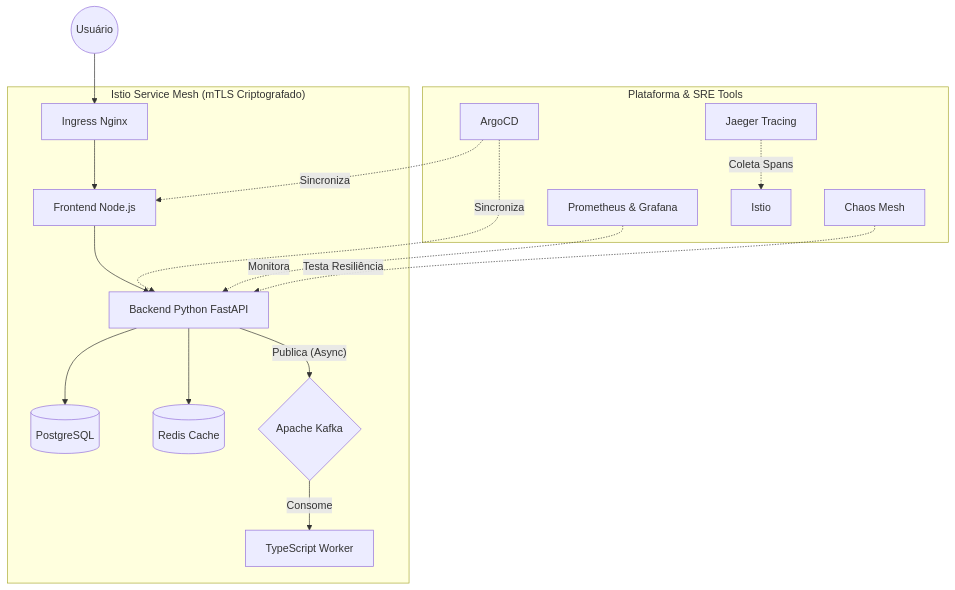
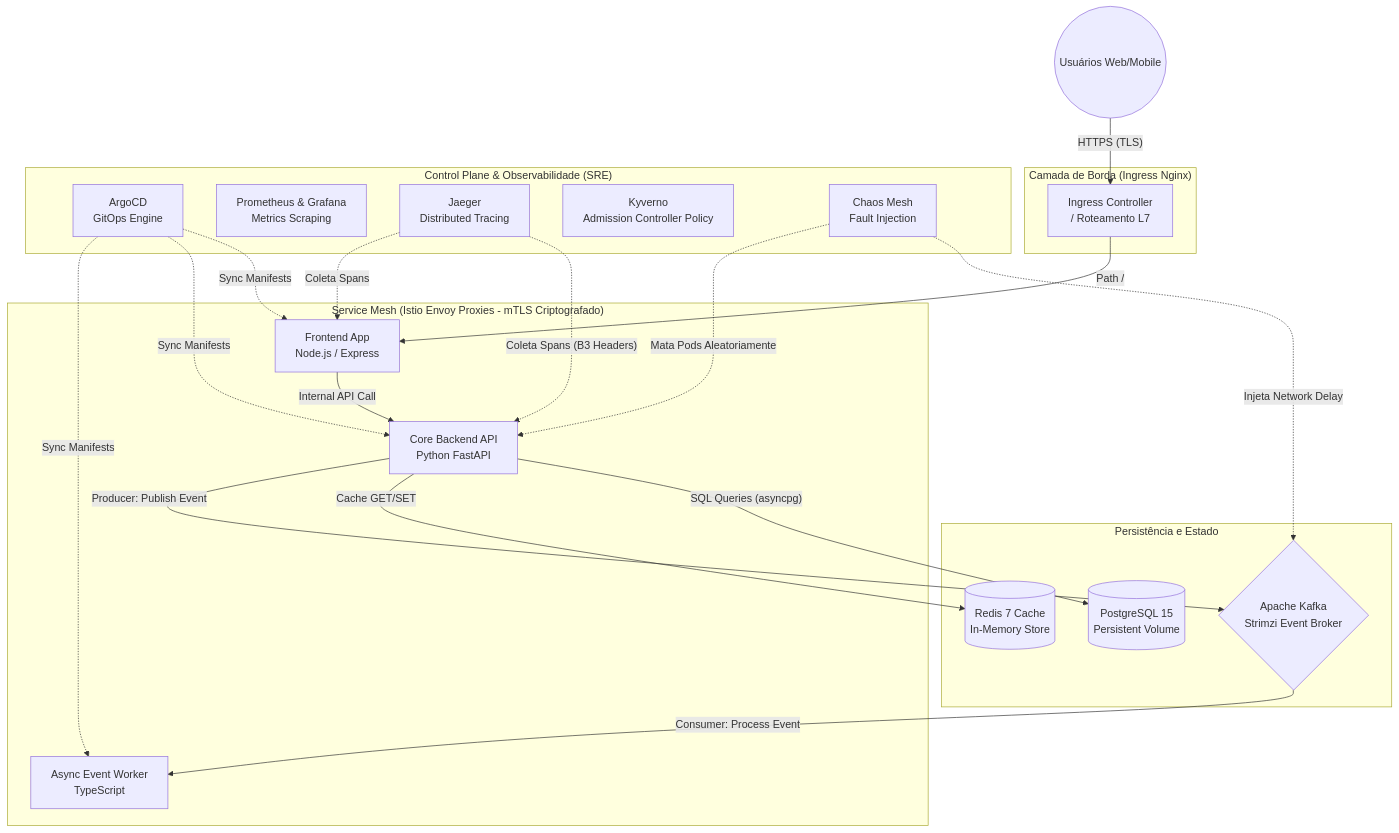
One commit to ruok-dev/Aegis-Cloud changed the diagram in README.md. Above: the diagram before and after it, drawn with Mermaid. The commit also changed other lines of this file, not shown here.

````diff
--- a/README.md
+++ b/README.md
@@ -27,23 +87,55 @@
 ```mermaid
 graph TD
-    Client((Usuário)) --> Ingress[Ingress Nginx]
+    %% Entidades Externas
+    Client((Usuários Web/Mobile))
     
-    subgraph "Istio Service Mesh (mTLS Criptografado)"
-        Ingress --> Frontend[Frontend Node.js]
-        Frontend --> Backend[Backend Python FastAPI]
-        
-        Backend --> Postgres[(PostgreSQL)]
-        Backend --> Redis[(Redis Cache)]
-        
-        Backend -- "Publica (Async)" --> Kafka{Apache Kafka}
-        Kafka -- "Consome" --> Worker[TypeScript Worker]
+    %% Camada de Borda / Load Balancing
+    subgraph "Camada de Borda (Ingress Nginx)"
+        IngressController[Ingress Controller\n/ Roteamento L7]
     end
 
-    subgraph "Plataforma & SRE Tools"
-        Argo[ArgoCD] -. "Sincroniza" .-> Frontend
-        Argo -. "Sincroniza" .-> Backend
-        Prometheus[Prometheus & Grafana] -. "Monitora" .-> Backend
-        Chaos[Chaos Mesh] -. "Testa Resiliência" .-> Backend
-        Jaeger[Jaeger Tracing] -. "Coleta Spans" .-> Istio
+    %% Camada de Aplicação (Aegis Mesh)
+    subgraph "Service Mesh (Istio Envoy Proxies - mTLS Criptografado)"
+        Frontend[Frontend App\nNode.js / Express]
+        Backend[Core Backend API\nPython FastAPI]
+        Worker[Async Event Worker\nTypeScript]
     end
+
+    %% Camada de Persistência Distribuída
+    subgraph "Persistência e Estado"
+        Postgres[(PostgreSQL 15\nPersistent Volume)]
+        Redis[(Redis 7 Cache\nIn-Memory Store)]
+        Kafka{Apache Kafka\nStrimzi Event Broker}
+    end
+
+    %% Camada de SRE e Governança
+    subgraph "Control Plane & Observabilidade (SRE)"
+        ArgoCD[ArgoCD\nGitOps Engine]
+        Prometheus[Prometheus & Grafana\nMetrics Scraping]
+        Jaeger[Jaeger\nDistributed Tracing]
+        Kyverno[Kyverno\nAdmission Controller Policy]
+        Chaos[Chaos Mesh\nFault Injection]
+    end
+
+    %% Fluxos de Conexão
+    Client -- "HTTPS (TLS)" --> IngressController
+    IngressController -- "Path /" --> Frontend
+    Frontend -- "Internal API Call" --> Backend
+    
+    Backend -- "SQL Queries (asyncpg)" --> Postgres
+    Backend -- "Cache GET/SET" --> Redis
+    Backend -- "Producer: Publish Event" --> Kafka
+    
+    Kafka -- "Consumer: Process Event" --> Worker
+    
+    %% Fluxos de Monitoramento (invisíveis para a aplicação)
+    ArgoCD -. "Sync Manifests" .-> Frontend
+    ArgoCD -. "Sync Manifests" .-> Backend
+    ArgoCD -. "Sync Manifests" .-> Worker
+    
+    Jaeger -. "Coleta Spans (B3 Headers)" .-> Backend
+    Jaeger -. "Coleta Spans" .-> Frontend
+    
+    Chaos -. "Injeta Network Delay" .-> Kafka
+    Chaos -. "Mata Pods Aleatoriamente" .-> Backend
 ```
````
